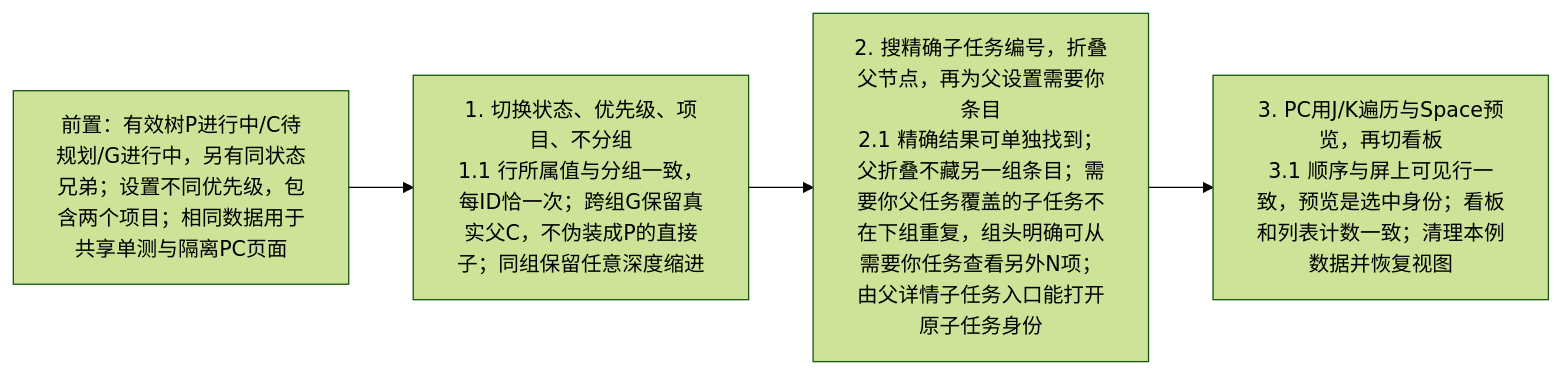
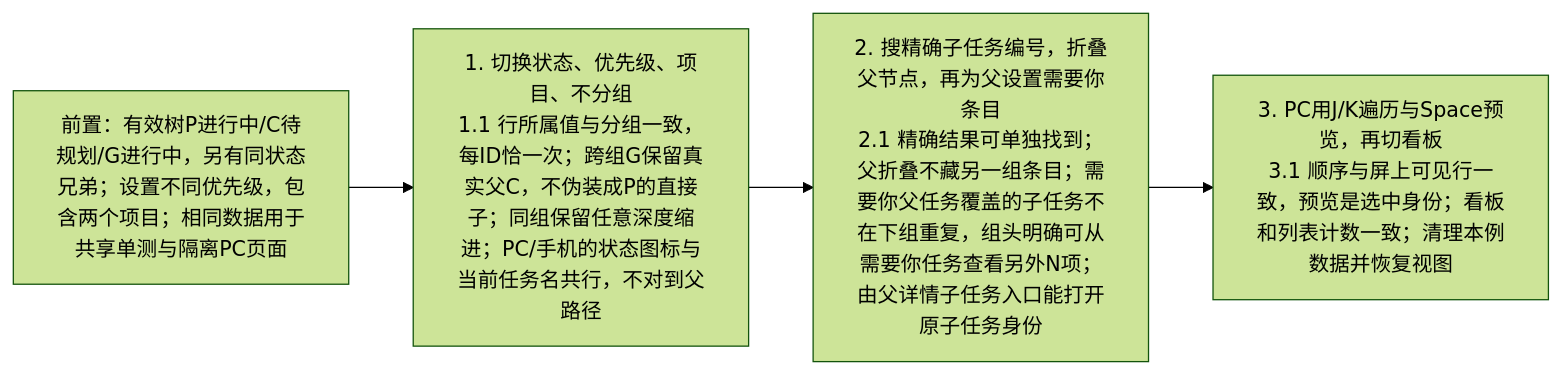
One commit to Fartown/orca changed the fourth of 6 diagrams in docs/issue/本地任务管理/tests/cases/手机详情与跨组子任务回归.md. Above: the diagram before and after it, drawn with Mermaid (forest theme). The commit also changed other lines of this file and 47 other files, not shown here.

````diff
--- a/docs/issue/本地任务管理/tests/cases/手机详情与跨组子任务回归.md
+++ b/docs/issue/本地任务管理/tests/cases/手机详情与跨组子任务回归.md
@@ -69,6 +71,6 @@
 ```mermaid
 flowchart LR
-  A["前置：有效树P进行中/C待规划/G进行中，另有同状态兄弟；设置不同优先级，包含两个项目；相同数据用于共享单测与隔离PC页面"] --> B["1. 切换状态、优先级、项目、不分组<br/>1.1 行所属值与分组一致，每ID恰一次；跨组G保留真实父C，不伪装成P的直接子；同组保留任意深度缩进"]
+  A["前置：有效树P进行中/C待规划/G进行中，另有同状态兄弟；设置不同优先级，包含两个项目；相同数据用于共享单测与隔离PC页面"] --> B["1. 切换状态、优先级、项目、不分组<br/>1.1 行所属值与分组一致，每ID恰一次；跨组G保留真实父C，不伪装成P的直接子；同组保留任意深度缩进；PC/手机的状态图标与当前任务名共行，不对到父路径"]
   B --> C["2. 搜精确子任务编号，折叠父节点，再为父设置需要你条目<br/>2.1 精确结果可单独找到；父折叠不藏另一组条目；需要你父任务覆盖的子任务不在下组重复，组头明确可从需要你任务查看另外N项；由父详情子任务入口能打开原子任务身份"]
   C --> D["3. PC用J/K遍历与Space预览，再切看板<br/>3.1 顺序与屏上可见行一致，预览是选中身份；看板和列表计数一致；清理本例数据并恢复视图"]
 ```
````
